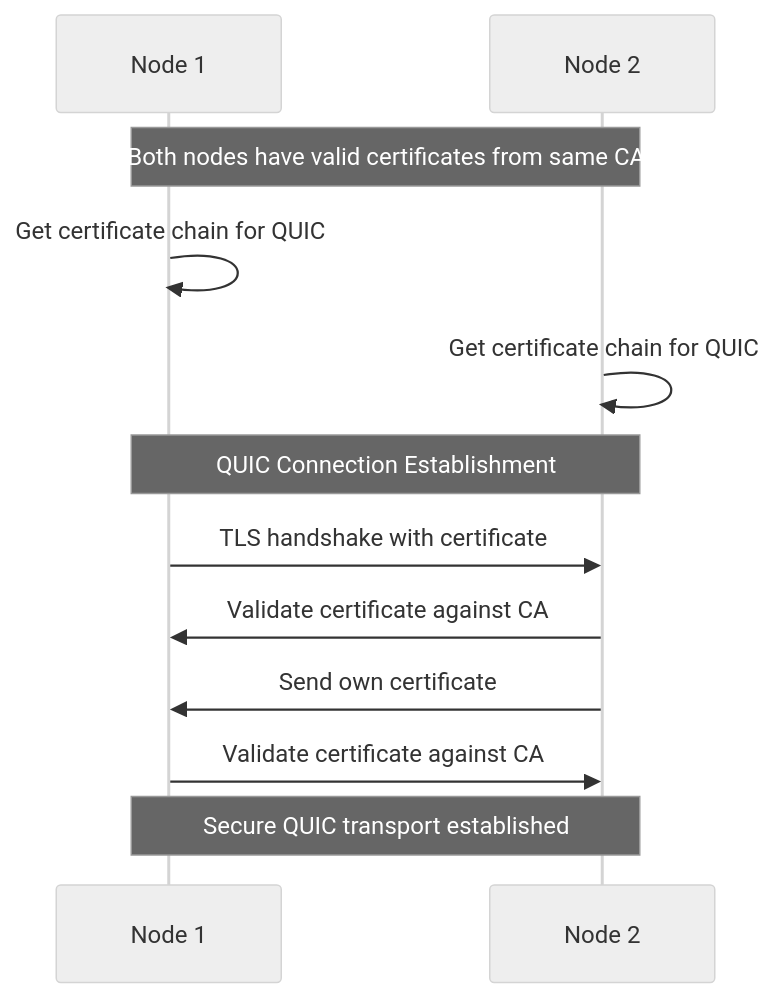
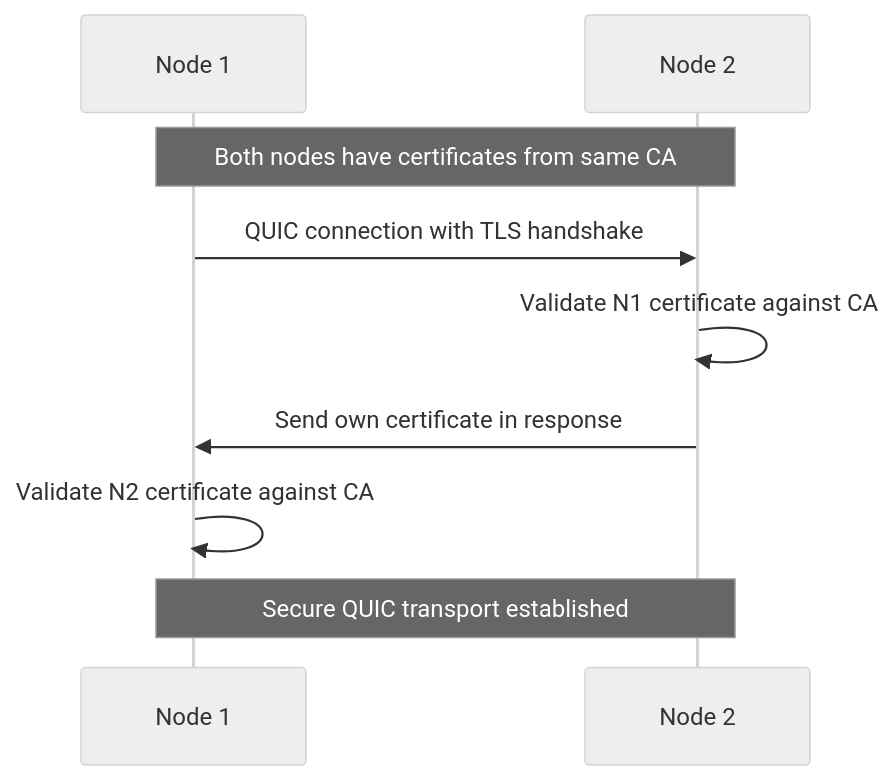
Before and after one commit to runar-labs/runar-rust: the third of 3 diagrams in runar-keys-fix/DESIGN.md, drawn with Mermaid (neutral theme). The commit also changed other lines of this file, not shown here.

````diff
--- a/runar-keys-fix/DESIGN.md
+++ b/runar-keys-fix/DESIGN.md
@@ -193,18 +193,14 @@
 ```mermaid
 sequenceDiagram
     participant N1 as Node 1
     participant N2 as Node 2
     
-    Note over N1,N2: Both nodes have valid certificates from same CA
+    Note over N1,N2: Both nodes have certificates from same CA
     
-    N1->>N1: Get certificate chain for QUIC
-    N2->>N2: Get certificate chain for QUIC
-    
-    Note over N1,N2: QUIC Connection Establishment
-    N1->>N2: TLS handshake with certificate
-    N2->>N1: Validate certificate against CA
-    N2->>N1: Send own certificate
-    N1->>N2: Validate certificate against CA
+    N1->>N2: QUIC connection with TLS handshake
+    N2->>N2: Validate N1 certificate against CA
+    N2->>N1: Send own certificate in response
+    N1->>N1: Validate N2 certificate against CA
     
     Note over N1,N2: Secure QUIC transport established
 ```
````
